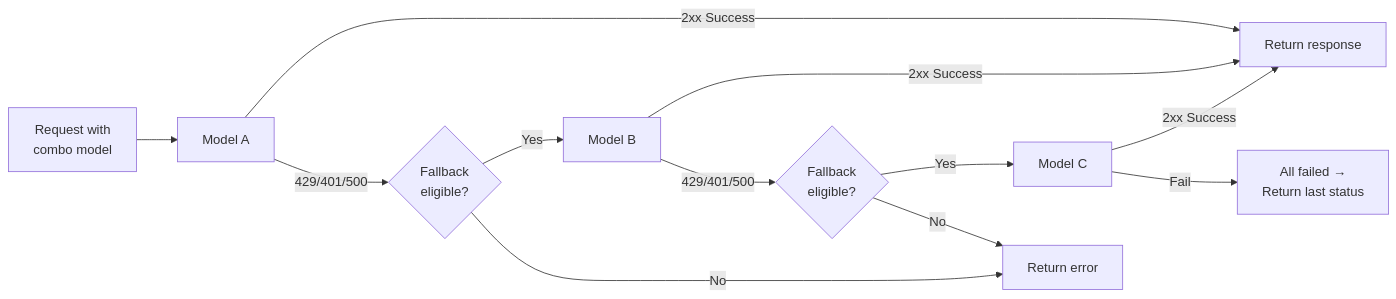
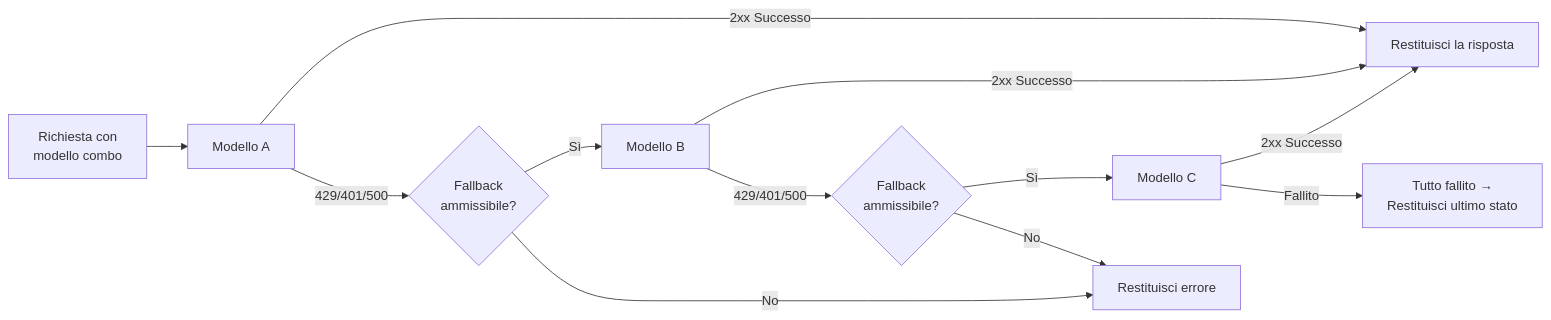
One commit to Aseel1600/Claude changed the seventh of 12 diagrams in docs/i18n/it/docs/architecture/CODEBASE_DOCUMENTATION.md. Above: the diagram before and after it, drawn with Mermaid. The commit also changed other lines of this file and 2 other files, not shown here.

Commit message:
docs(i18n): add Italian translation of ARCHITECTURE and CODEBASE_DOCUMENTATION

````diff
--- a/docs/i18n/it/docs/architecture/CODEBASE_DOCUMENTATION.md
+++ b/docs/i18n/it/docs/architecture/CODEBASE_DOCUMENTATION.md
@@ -330,14 +330,14 @@
 ```mermaid
 flowchart LR
-    A["Request with\ncombo model"] --> B["Model A"]
-    B -->|"2xx Success"| C["Return response"]
-    B -->|"429/401/500"| D{"Fallback\neligible?"}
-    D -->|Yes| E["Model B"]
-    D -->|No| F["Return error"]
-    E -->|"2xx Success"| C
-    E -->|"429/401/500"| G{"Fallback\neligible?"}
-    G -->|Yes| H["Model C"]
+    A["Richiesta con\nmodello combo"] --> B["Modello A"]
+    B -->|"2xx Successo"| C["Restituisci la risposta"]
+    B -->|"429/401/500"| D{"Fallback\nammissibile?"}
+    D -->|Sì| E["Modello B"]
+    D -->|No| F["Restituisci errore"]
+    E -->|"2xx Successo"| C
+    E -->|"429/401/500"| G{"Fallback\nammissibile?"}
+    G -->|Sì| H["Modello C"]
     G -->|No| F
-    H -->|"2xx Success"| C
-    H -->|"Fail"| I["All failed →\nReturn last status"]
+    H -->|"2xx Successo"| C
+    H -->|"Fallito"| I["Tutto fallito →\nRestituisci ultimo stato"]
 ```
````
